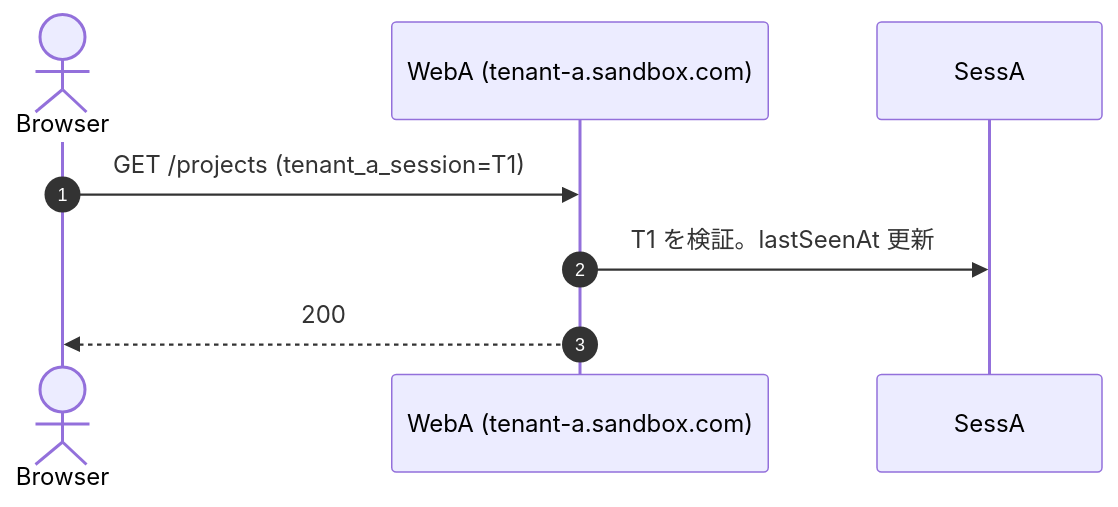
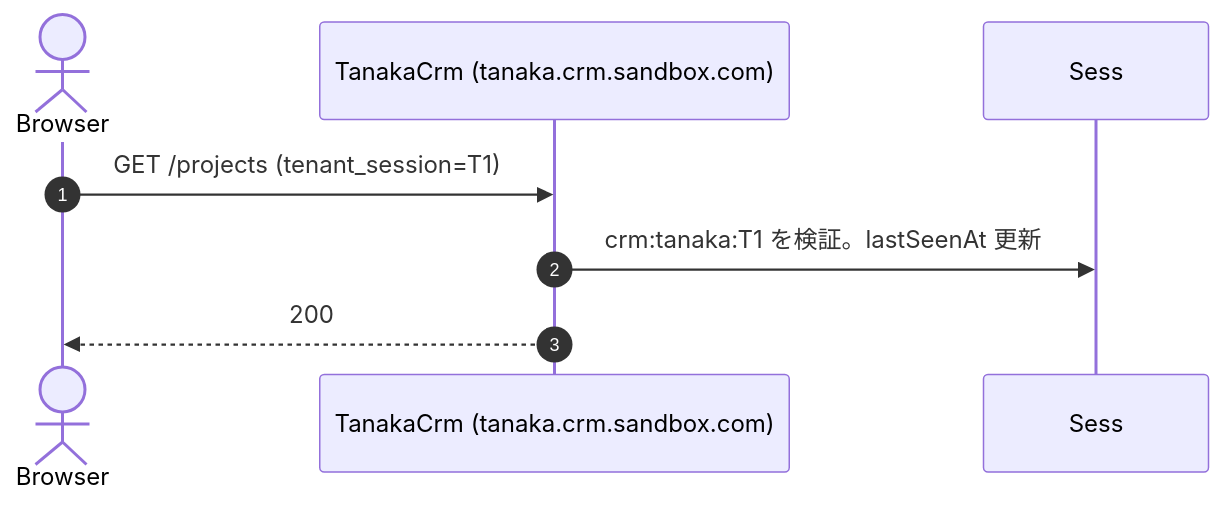
Before and after one commit to daisuke-tanabe/multi-domain-sandbox: the ninth of 15 diagrams in docs/design/02-auth-sequences.md, drawn with Mermaid. The commit also changed other lines of this file and 62 other files, not shown here.

````diff
--- a/docs/design/02-auth-sequences.md
+++ b/docs/design/02-auth-sequences.md
@@ -265,11 +343,11 @@
 ```mermaid
 sequenceDiagram
     autonumber
     actor Browser
-    participant WebA as WebA (tenant-a.sandbox.com)
-    participant SessA
+    participant TanakaCrm as TanakaCrm (tanaka.crm.sandbox.com)
+    participant Sess
 
-    Browser->>WebA: GET /projects (tenant_a_session=T1)
-    WebA->>SessA: T1 を検証。lastSeenAt 更新
-    WebA-->>Browser: 200
+    Browser->>TanakaCrm: GET /projects (tenant_session=T1)
+    TanakaCrm->>Sess: crm:tanaka:T1 を検証。lastSeenAt 更新
+    TanakaCrm-->>Browser: 200
 ```
````
